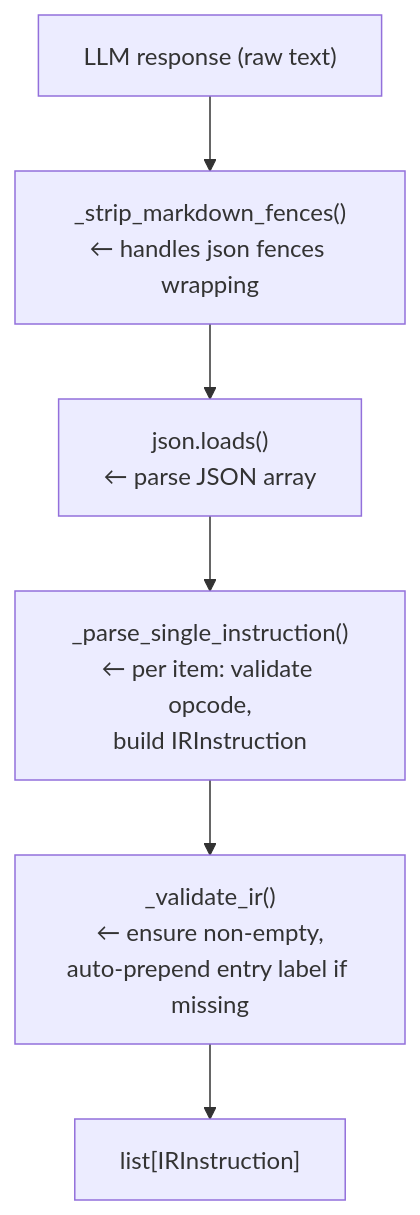
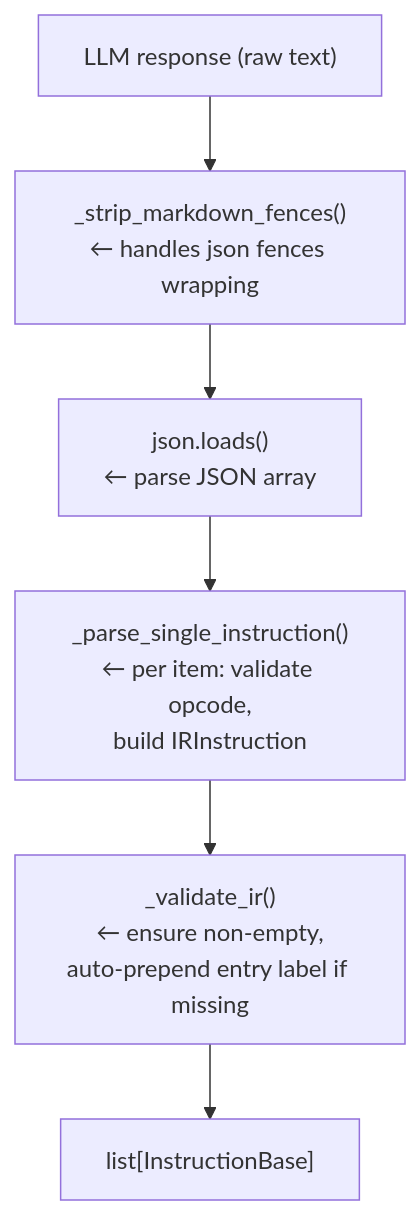
Before and after one commit to avishek-sen-gupta/red-dragon: the second of 2 diagrams in docs/notes-on-frontend-design.md, drawn with Mermaid. The commit also changed other lines of this file and 12 other files, not shown here.

````diff
--- a/docs/notes-on-frontend-design.md
+++ b/docs/notes-on-frontend-design.md
@@ -252,11 +252,11 @@
 ```mermaid
 flowchart TD
     raw["LLM response (raw text)"]
     strip["_strip_markdown_fences()\n← handles json fences wrapping"]
     parse["json.loads()\n← parse JSON array"]
     single["_parse_single_instruction()\n← per item: validate opcode,\nbuild IRInstruction"]
     validate["_validate_ir()\n← ensure non-empty,\nauto-prepend entry label if missing"]
-    result["list[IRInstruction]"]
+    result["list[InstructionBase]"]
 
     raw --> strip --> parse --> single --> validate --> result
 ```
````
